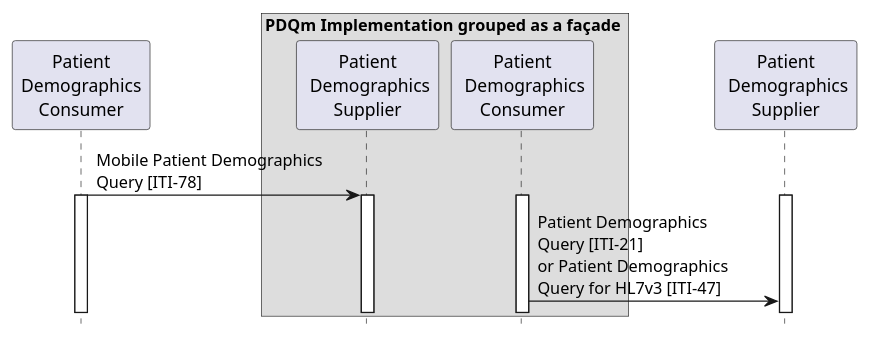
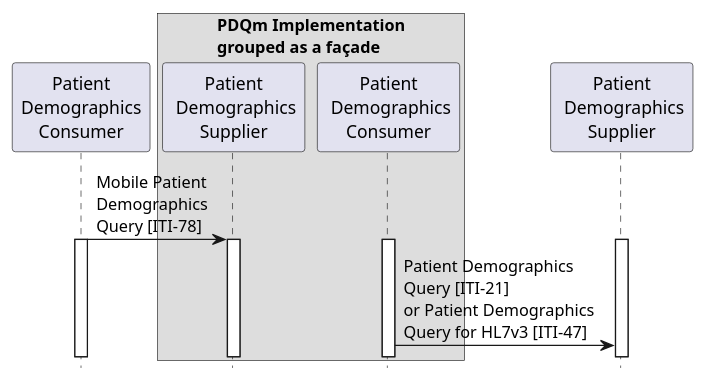
One commit to IHE/ITI.PDQm changed the diagram in input/images-source/Implementing-PDQm-as-a-gateway.plantuml. Above: the diagram before and after it, drawn with PlantUML. The commit also changed 2 other files, not shown here.

Commit message:
plantuml tweaks

```diff
--- a/input/images-source/Implementing-PDQm-as-a-gateway.plantuml
+++ b/input/images-source/Implementing-PDQm-as-a-gateway.plantuml
@@ -1,18 +1,18 @@
 @startuml
 hide footbox
 
 Participant "Patient\nDemographics\nConsumer" as Client1
-box "PDQm Implementation grouped as a façade "
+box "PDQm Implementation\ngrouped as a façade "
 Participant "Patient\n Demographics\nSupplier" as Server1
 Participant "Patient\n Demographics\nConsumer" as Client2
 endbox
 Participant "Patient\n Demographics\nSupplier" as Server2
 
-Client1 -> Server1: Mobile Patient Demographics\nQuery [ITI-78]
+Client1 -> Server1: Mobile Patient\nDemographics\nQuery [ITI-78]
 activate Client1
 activate Server1
-Activate Client2
-Activate Server2
+activate Client2
+activate Server2
 Client2 -> Server2: Patient Demographics\nQuery [ITI-21]\nor Patient Demographics\nQuery for HL7v3 [ITI-47]
 
 @enduml
```
